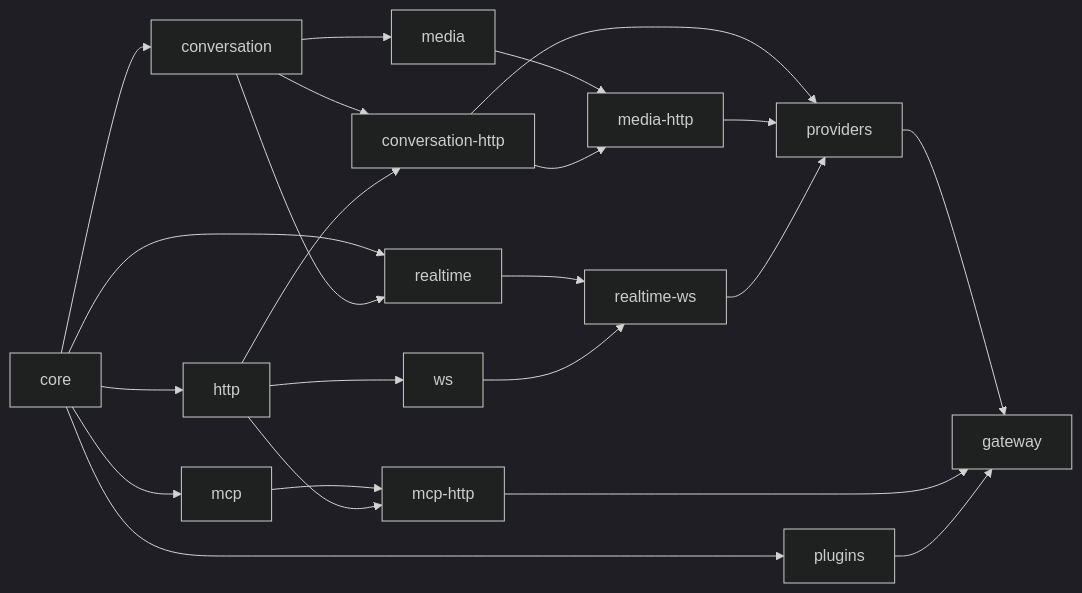
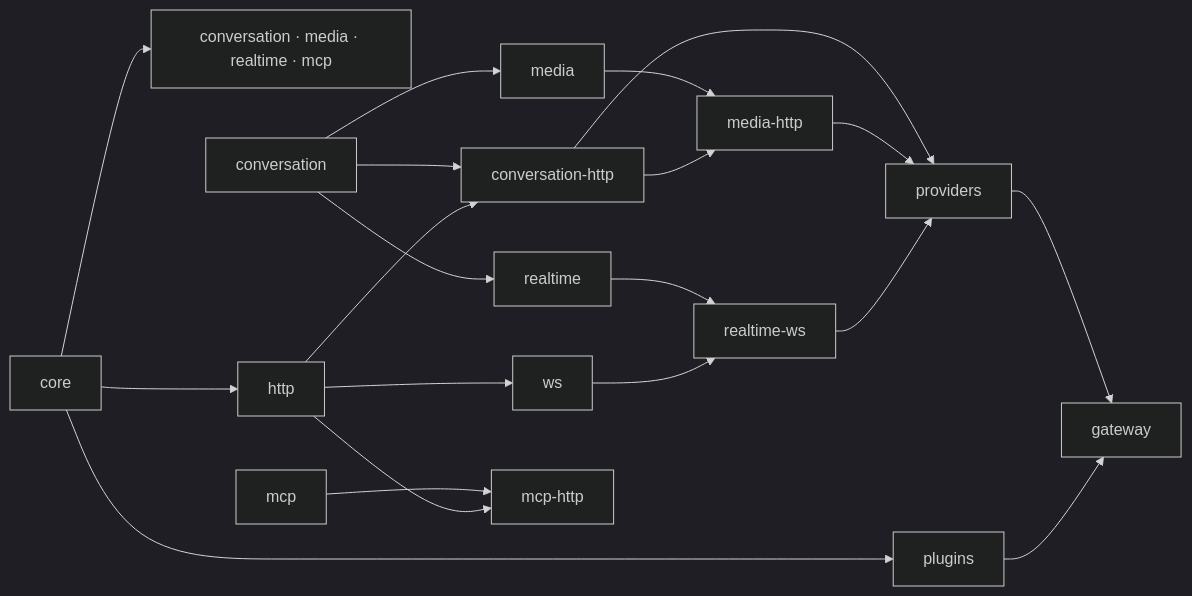
Before and after one commit to Davidson3556/respan-gateway: the diagram in docs/ARCHITECTURE.md, drawn with Mermaid (dark theme). The commit also changed other lines of this file and 2 other files, not shown here.

First line of the commit message:
Make the README, example config and architecture doc say what the code does

````diff
--- a/docs/ARCHITECTURE.md
+++ b/docs/ARCHITECTURE.md
@@ -63,25 +64,22 @@
 ```mermaid
 flowchart LR
+    core --> kinds["conversation · media · realtime · mcp"]
     core --> http
     core --> plugins
-    core --> conversation
-    core --> realtime
-    core --> mcp
     conversation --> media
     conversation --> realtime
     http --> ws
     conversation --> conversation-http
     http --> conversation-http
     media --> media-http
     conversation-http --> media-http
     realtime --> realtime-ws
     ws --> realtime-ws
     mcp --> mcp-http
     http --> mcp-http
     conversation-http --> providers
     media-http --> providers
     realtime-ws --> providers
     providers --> gateway
-    mcp-http --> gateway
     plugins --> gateway
 ```
````
